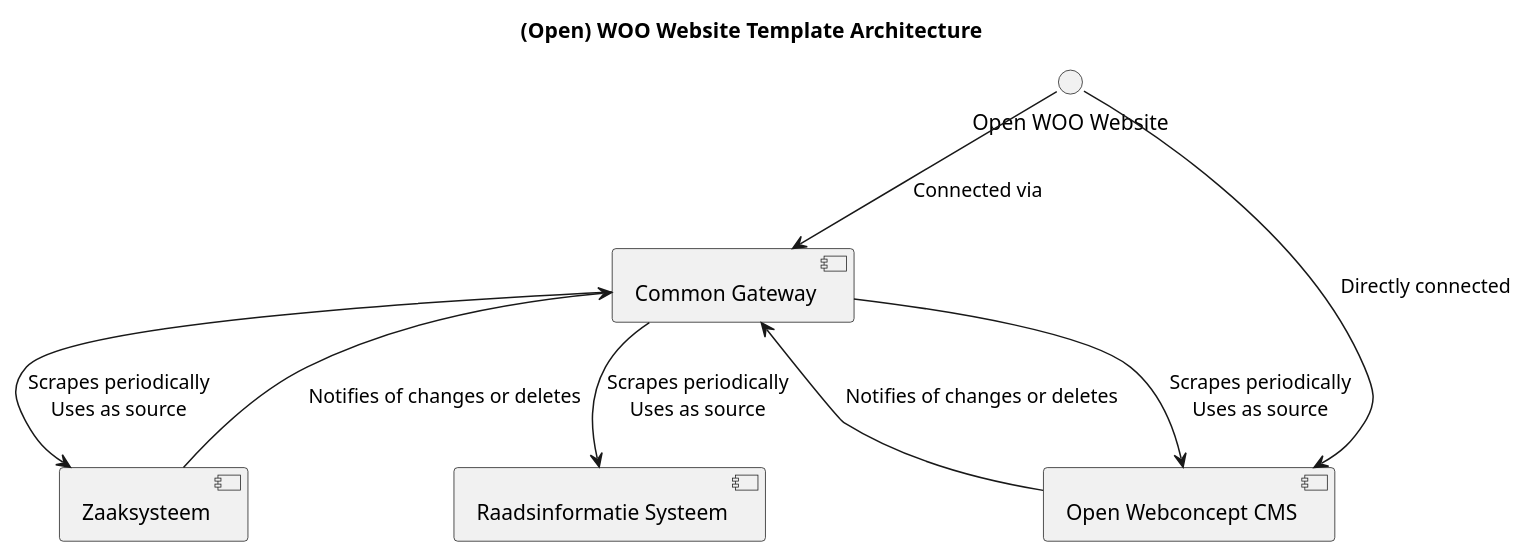
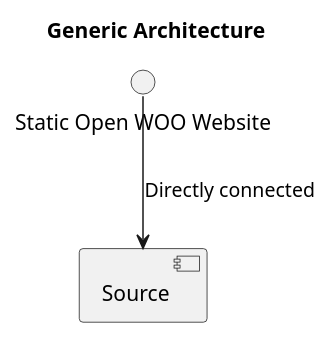
The diagram in docs/components.puml (ConductionNL/woo-website-template), drawn with PlantUML before and after one commit.

Commit message:
Components Fix

```diff
--- a/docs/components.puml
+++ b/docs/components.puml
@@ -1,24 +1,14 @@
 @startuml
-title (Open) WOO Website Template Architecture
+title Generic Architecture
 
 ' User Interface Component
-interface "Open WOO Website" as Website
+interface "Static Open WOO Website" as Website
 
 ' Backend Components
-component "Open Webconcept CMS" as CMS
-component "Common Gateway" as Gateway
-component "Zaaksysteem" as Zaaksysteem
-component "Raadsinformatie Systeem" as Raadsinfo
+component "Source" as Source
 
 ' Relationships
-Website -down-> CMS : Directly connected
-Website -down-> Gateway : Connected via
-Gateway -down-> CMS : Scrapes periodically\nUses as source
-Gateway -down-> Zaaksysteem : Scrapes periodically\nUses as source
-Gateway -down-> Raadsinfo : Scrapes periodically\nUses as source
+Website -down-> Source : Directly connected
 
-' Notifications
-CMS -up-> Gateway : Notifies of changes or deletes
-Zaaksysteem -up-> Gateway : Notifies of changes or deletes
 
 @enduml
```
